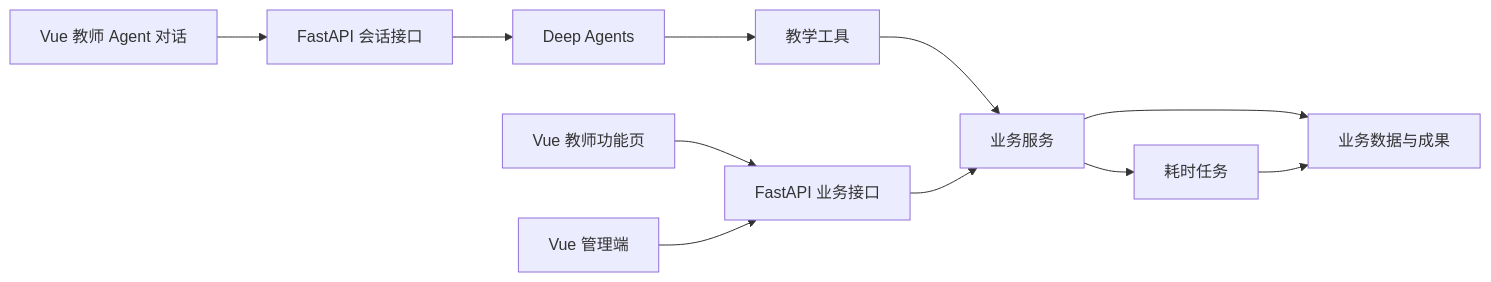
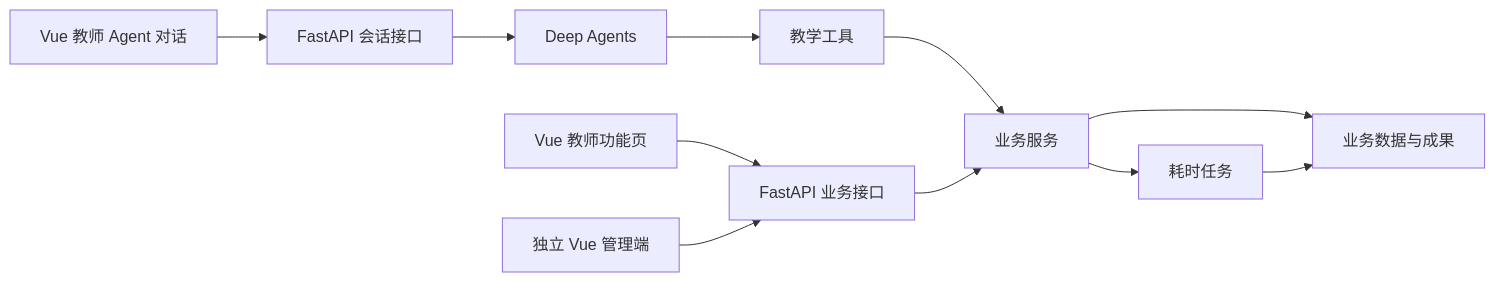
The diagram in docs/architecture-design.md (weiyu687/Dianoia), drawn with Mermaid before and after one commit. The commit also changed other lines of this file and 49 other files, not shown here.

````diff
--- a/docs/architecture-design.md
+++ b/docs/architecture-design.md
@@ -17,13 +17,13 @@
 ```mermaid
 flowchart LR
     TeacherPages["Vue 教师功能页"] --> BusinessAPI["FastAPI 业务接口"]
-    AdminPages["Vue 管理端"] --> BusinessAPI
+    AdminPages["独立 Vue 管理端"] --> BusinessAPI
     Chat["Vue 教师 Agent 对话"] --> AgentAPI["FastAPI 会话接口"]
     AgentAPI --> DeepAgents["Deep Agents"]
     DeepAgents --> Tools["教学工具"]
     Tools --> Services["业务服务"]
     BusinessAPI --> Services
     Services --> Records["业务数据与成果"]
     Services --> Jobs["耗时任务"]
     Jobs --> Records
 ```
````
